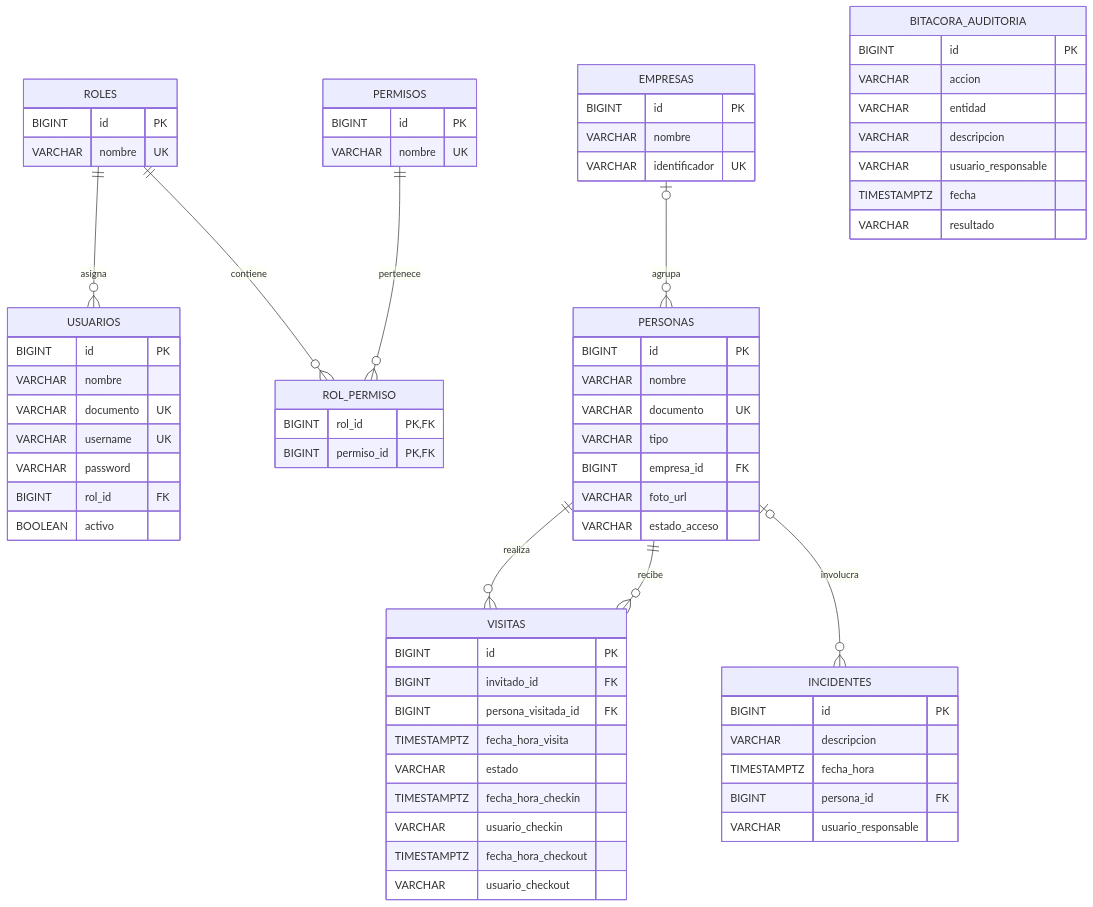
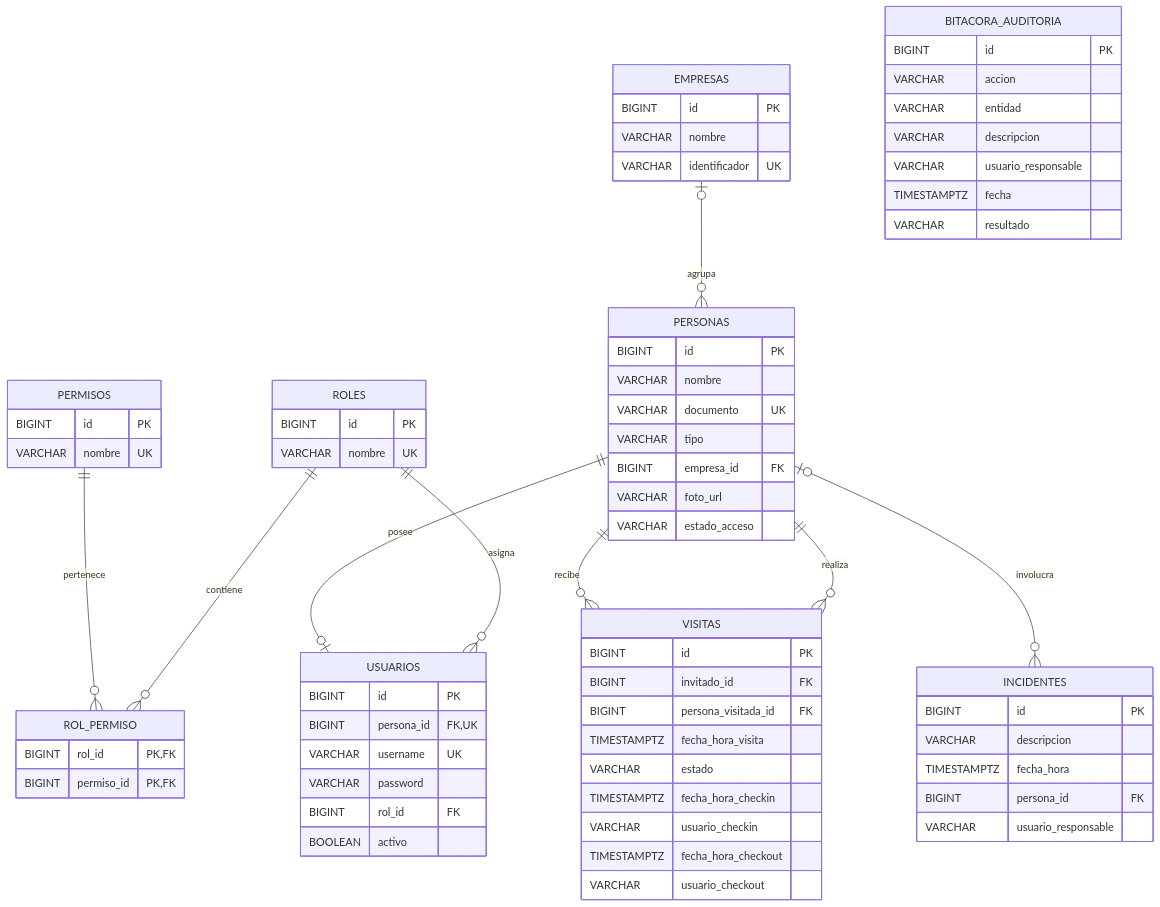
Before and after one commit to Juan2509/SICA: the diagram in sica/README.md, drawn with Mermaid. The commit also changed other lines of this file and 1 other file, not shown here.

````diff
--- a/sica/README.md
+++ b/sica/README.md
@@ -92,81 +92,81 @@
 ```mermaid
 erDiagram
     ROLES {
         BIGINT id PK
         VARCHAR nombre UK
     }
 
     PERMISOS {
         BIGINT id PK
         VARCHAR nombre UK
     }
 
     ROL_PERMISO {
         BIGINT rol_id PK, FK
         BIGINT permiso_id PK, FK
     }
 
     USUARIOS {
         BIGINT id PK
-        VARCHAR nombre
-        VARCHAR documento UK
+        BIGINT persona_id FK, UK
         VARCHAR username UK
         VARCHAR password
         BIGINT rol_id FK
         BOOLEAN activo
     }
 
     EMPRESAS {
         BIGINT id PK
         VARCHAR nombre
         VARCHAR identificador UK
     }
 
     PERSONAS {
         BIGINT id PK
         VARCHAR nombre
         VARCHAR documento UK
         VARCHAR tipo
         BIGINT empresa_id FK
         VARCHAR foto_url
         VARCHAR estado_acceso
     }
 
     VISITAS {
         BIGINT id PK
         BIGINT invitado_id FK
         BIGINT persona_visitada_id FK
         TIMESTAMPTZ fecha_hora_visita
         VARCHAR estado
         TIMESTAMPTZ fecha_hora_checkin
         VARCHAR usuario_checkin
         TIMESTAMPTZ fecha_hora_checkout
         VARCHAR usuario_checkout
     }
 
     INCIDENTES {
         BIGINT id PK
         VARCHAR descripcion
         TIMESTAMPTZ fecha_hora
         BIGINT persona_id FK
         VARCHAR usuario_responsable
     }
 
     BITACORA_AUDITORIA {
         BIGINT id PK
         VARCHAR accion
         VARCHAR entidad
         VARCHAR descripcion
         VARCHAR usuario_responsable
         TIMESTAMPTZ fecha
         VARCHAR resultado
     }
 
     ROLES ||--o{ USUARIOS : asigna
+    PERSONAS ||--o| USUARIOS : posee
     ROLES ||--o{ ROL_PERMISO : contiene
     PERMISOS ||--o{ ROL_PERMISO : pertenece
     EMPRESAS o|--o{ PERSONAS : agrupa
     PERSONAS ||--o{ VISITAS : realiza
     PERSONAS ||--o{ VISITAS : recibe
     PERSONAS o|--o{ INCIDENTES : involucra
 ```
````
